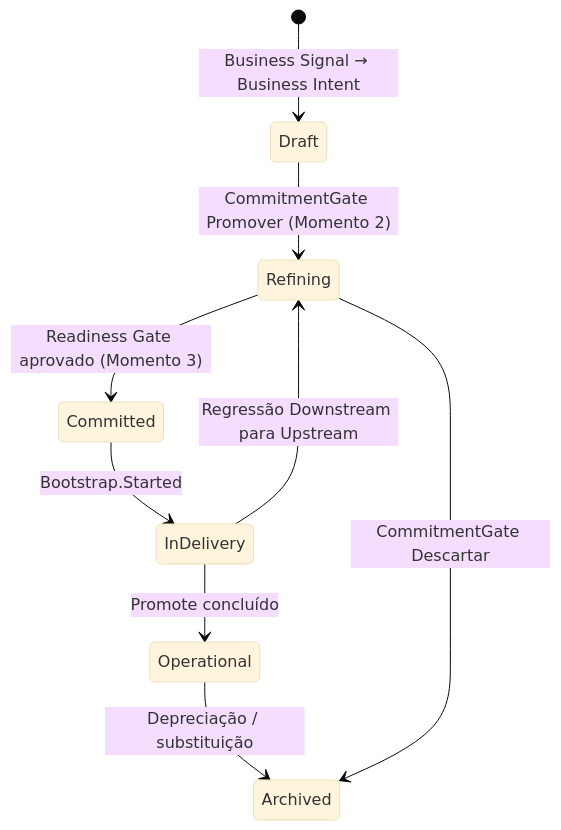
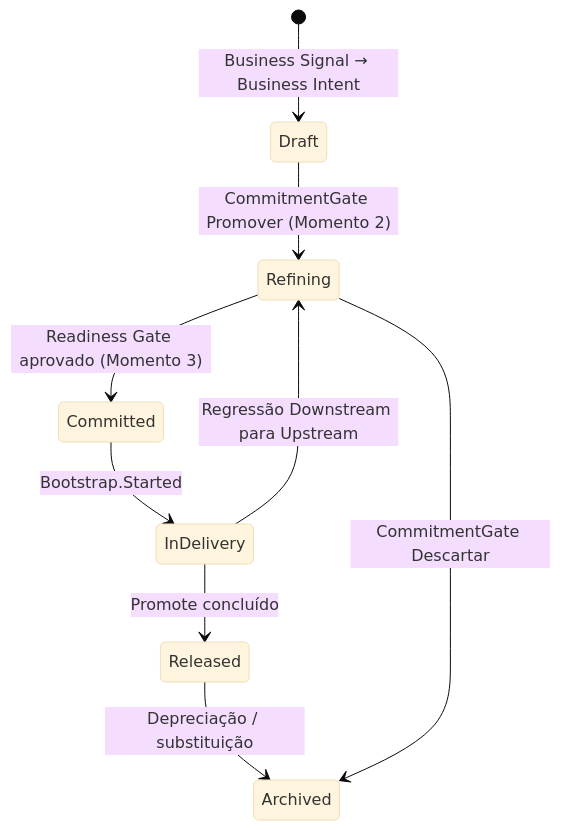
One commit to produtoreativo/from-intent-to-outcome changed the first of 2 diagrams in capitulo-08.md. Above: the diagram before and after it, drawn with Mermaid (base theme). The commit also changed other lines of this file and 15 other files, not shown here.

````diff
--- a/capitulo-08.md
+++ b/capitulo-08.md
@@ -46,11 +46,11 @@
 ```mermaid
 stateDiagram-v2
     [*] --> Draft : Business Signal → Business Intent
     Draft --> Refining : CommitmentGate Promover (Momento 2)
     Refining --> Committed : Readiness Gate aprovado (Momento 3)
     Committed --> InDelivery : Bootstrap.Started
-    InDelivery --> Operational : Promote concluído
-    Operational --> Archived : Depreciação / substituição
+    InDelivery --> Released : Promote concluído
+    Released --> Archived : Depreciação / substituição
     Refining --> Archived : CommitmentGate Descartar
     InDelivery --> Refining : Regressão Downstream para Upstream
 ```
````
